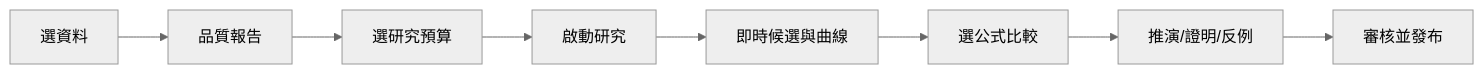
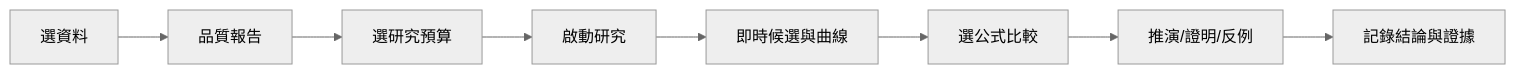
The first of 2 diagrams in docs/企劃案/08-前端UX/24-畫面線框與互動流程.md (lovenovel0618/AXIOM), drawn with Mermaid (neutral theme) before and after one commit. The commit also changed other lines of this file and 137 other files, not shown here.

````diff
--- a/docs/企劃案/08-前端UX/24-畫面線框與互動流程.md
+++ b/docs/企劃案/08-前端UX/24-畫面線框與互動流程.md
@@ -26,10 +26,10 @@
 ```mermaid
 flowchart LR
  A[選資料]-->B[品質報告]
  B-->C[選研究預算]
  C-->D[啟動研究]
  D-->E[即時候選與曲線]
  E-->F[選公式比較]
  F-->G[推演/證明/反例]
- G-->H[審核並發布]
+ G-->H[記錄結論與證據]
 ```
````
